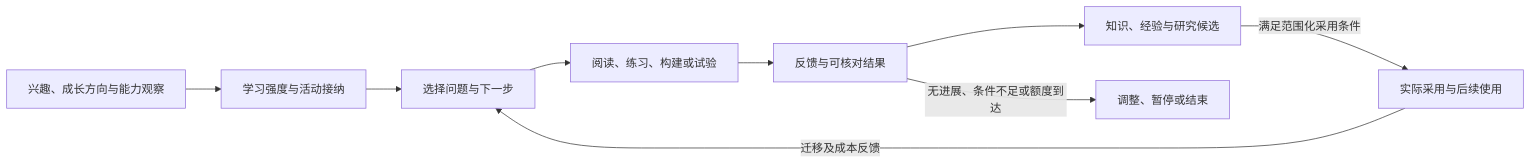
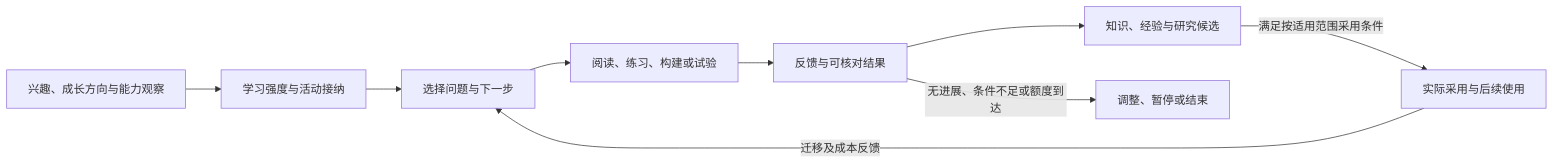
Before and after one commit to d7z-project/TinyAGI: diagram 12 of 13 in DESIGN.md, drawn with Mermaid. The commit also changed other lines of this file and 51 other files, not shown here.

````diff
--- a/DESIGN.md
+++ b/DESIGN.md
@@ -991,11 +960,11 @@
 ```mermaid
 flowchart LR
     Motivation["兴趣、成长方向与能力观察"] --> Admission["学习强度与活动接纳"]
     Admission --> Question["选择问题与下一步"]
     Question --> Practice["阅读、练习、构建或试验"]
     Practice --> Evidence["反馈与可核对结果"]
     Evidence --> Archive["知识、经验与研究候选"]
-    Archive -->|"满足范围化采用条件"| Adopt["实际采用与后续使用"]
+    Archive -->|"满足按适用范围采用条件"| Adopt["实际采用与后续使用"]
     Adopt -->|"迁移及成本反馈"| Question
     Evidence -->|"无进展、条件不足或额度到达"| Stop["调整、暂停或结束"]
 ```
````
